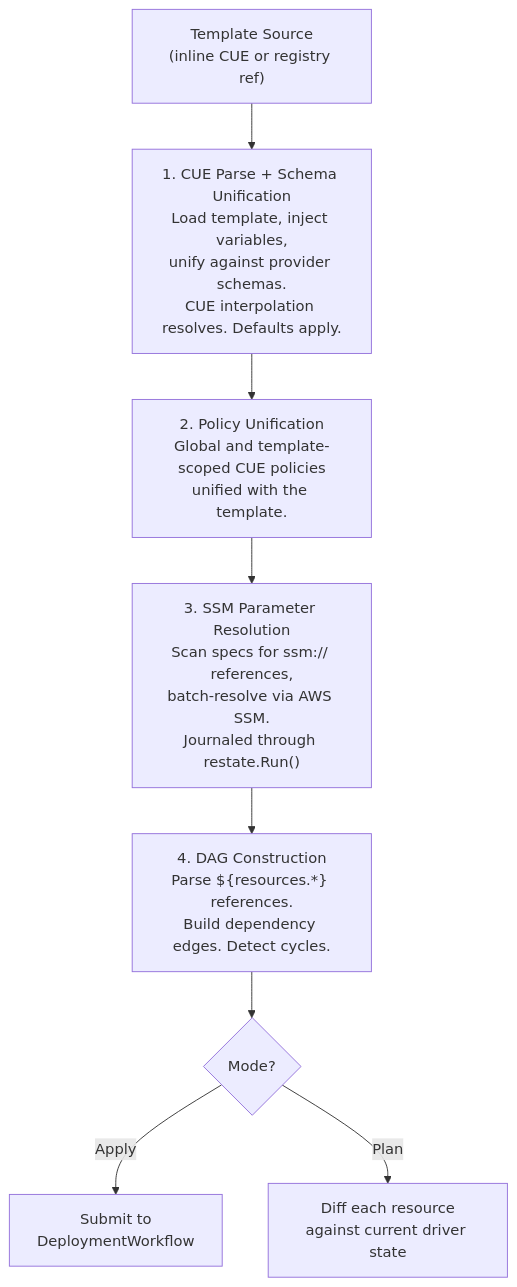
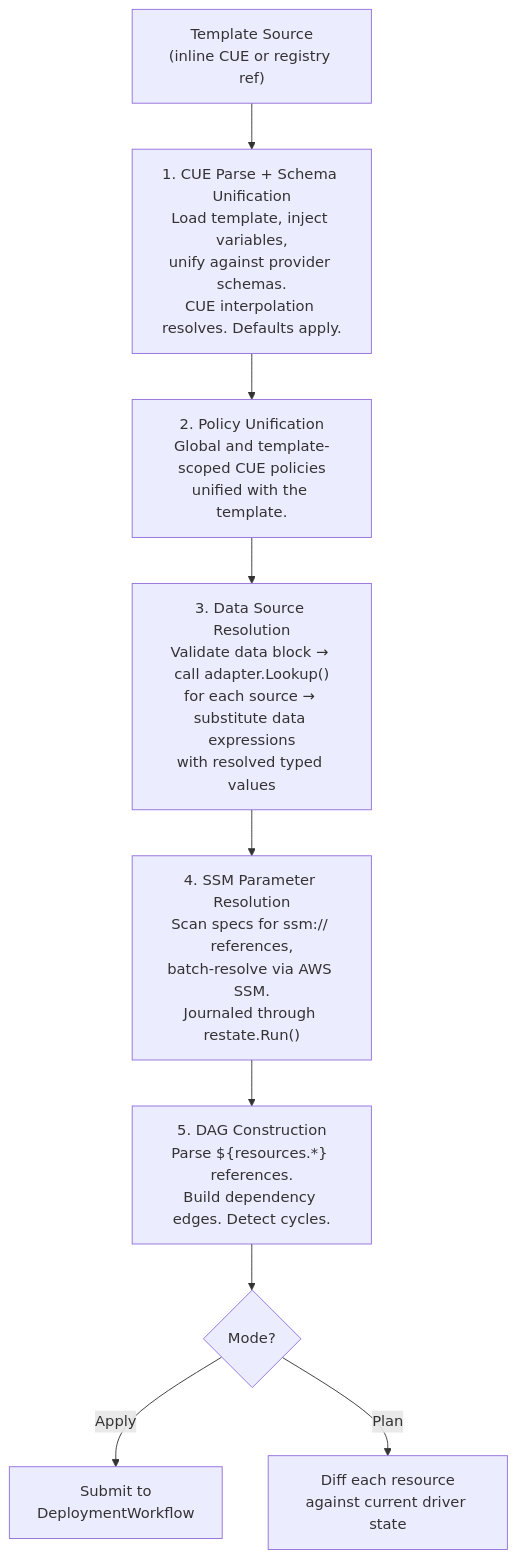
One commit to shirvan/praxis changed the third of 8 diagrams in docs/TEMPLATES.md. Above: the diagram before and after it, drawn with Mermaid. The commit also changed other lines of this file and 54 other files, not shown here.

First line of the commit message:
refactor: template evaluation and add data source handling for non managed resources

````diff
--- a/docs/TEMPLATES.md
+++ b/docs/TEMPLATES.md
@@ -466,10 +685,11 @@
 ```mermaid
 flowchart TD
     A["Template Source<br/>(inline CUE or registry ref)"] --> B["1. CUE Parse + Schema Unification<br/>Load template, inject variables,<br/>unify against provider schemas.<br/>CUE interpolation resolves. Defaults apply."]
     B --> C["2. Policy Unification<br/>Global and template-scoped CUE policies<br/>unified with the template."]
-    C --> D["3. SSM Parameter Resolution<br/>Scan specs for ssm:// references,<br/>batch-resolve via AWS SSM.<br/>Journaled through restate.Run()"]
-    D --> E["4. DAG Construction<br/>Parse ${resources.*} references.<br/>Build dependency edges. Detect cycles."]
+    C --> DS["3. Data Source Resolution<br/>Validate data block → call adapter.Lookup()<br/>for each source → substitute data expressions<br/>with resolved typed values"]
+    DS --> D["4. SSM Parameter Resolution<br/>Scan specs for ssm:// references,<br/>batch-resolve via AWS SSM.<br/>Journaled through restate.Run()"]
+    D --> E["5. DAG Construction<br/>Parse ${resources.*} references.<br/>Build dependency edges. Detect cycles."]
     E --> F{"Mode?"}
     F -->|Apply| G["Submit to<br/>DeploymentWorkflow"]
     F -->|Plan| H["Diff each resource<br/>against current driver state"]
 ```
````
